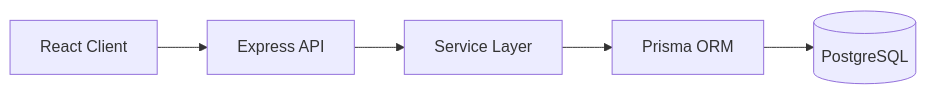
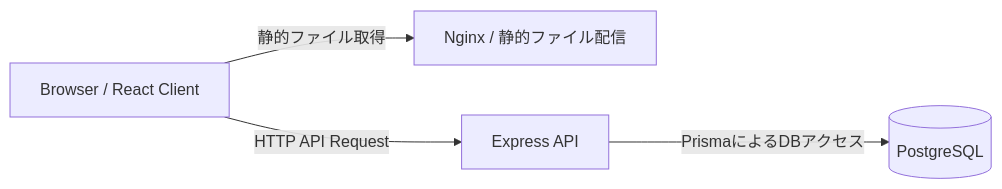
One commit to pawmi555/Issue_tracker changed the first of 3 diagrams in README.md. Above: the diagram before and after it, drawn with Mermaid. The commit also changed other lines of this file, not shown here.

````diff
--- a/README.md
+++ b/README.md
@@ -156,18 +160,11 @@
 ```mermaid
 flowchart LR
+    Browser["Browser / React Client"]
+    Nginx["Nginx / 静的ファイル配信"]
+    API["Express API"]
+    DB[("PostgreSQL")]
 
-Client[React Client]
-
-API[Express API]
-
-Service[Service Layer]
-
-Prisma[Prisma ORM]
-
-DB[(PostgreSQL)]
-
-Client --> API
-API --> Service
-Service --> Prisma
-Prisma --> DB
+    Browser -->|"静的ファイル取得"| Nginx
+    Browser -->|"HTTP API Request"| API
+    API -->|"PrismaによるDBアクセス"| DB
 ```
````
